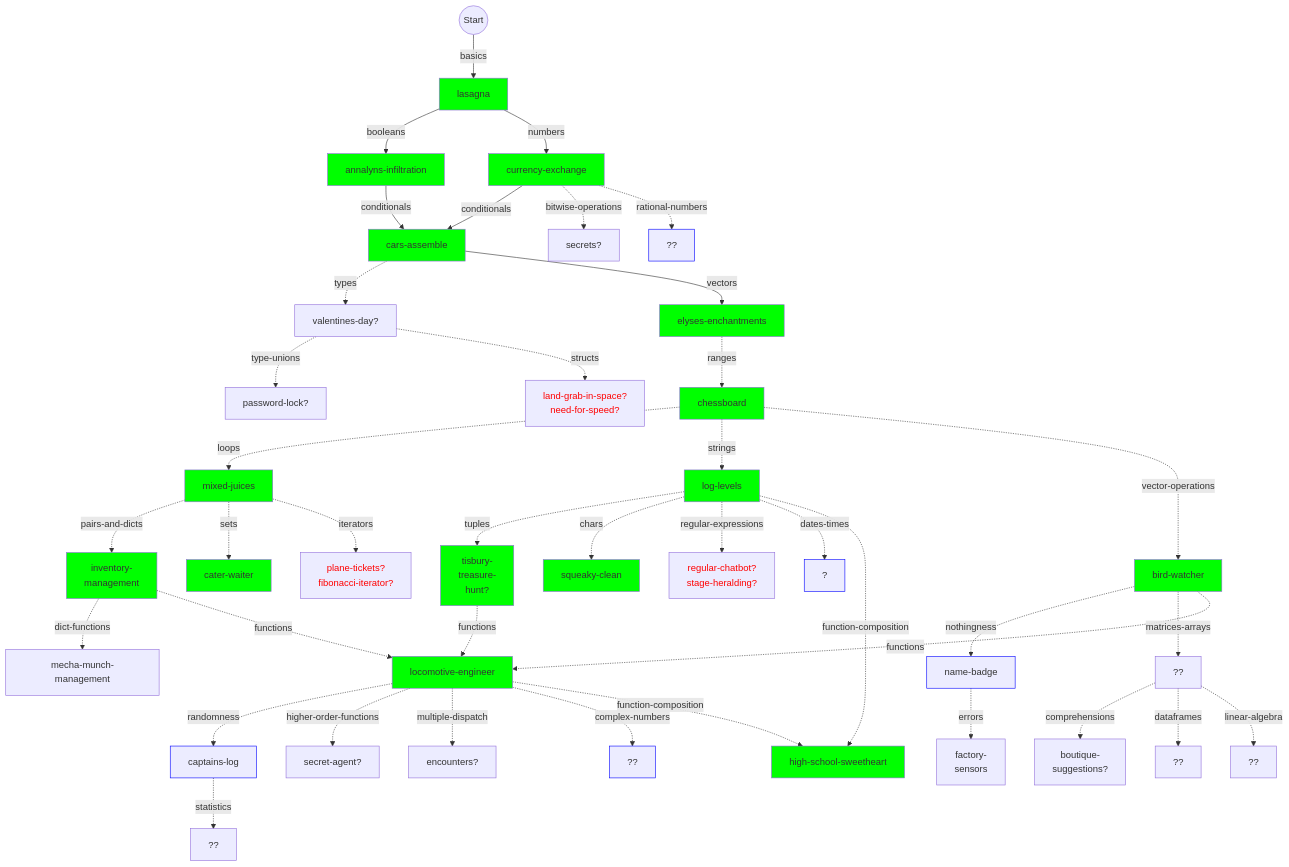
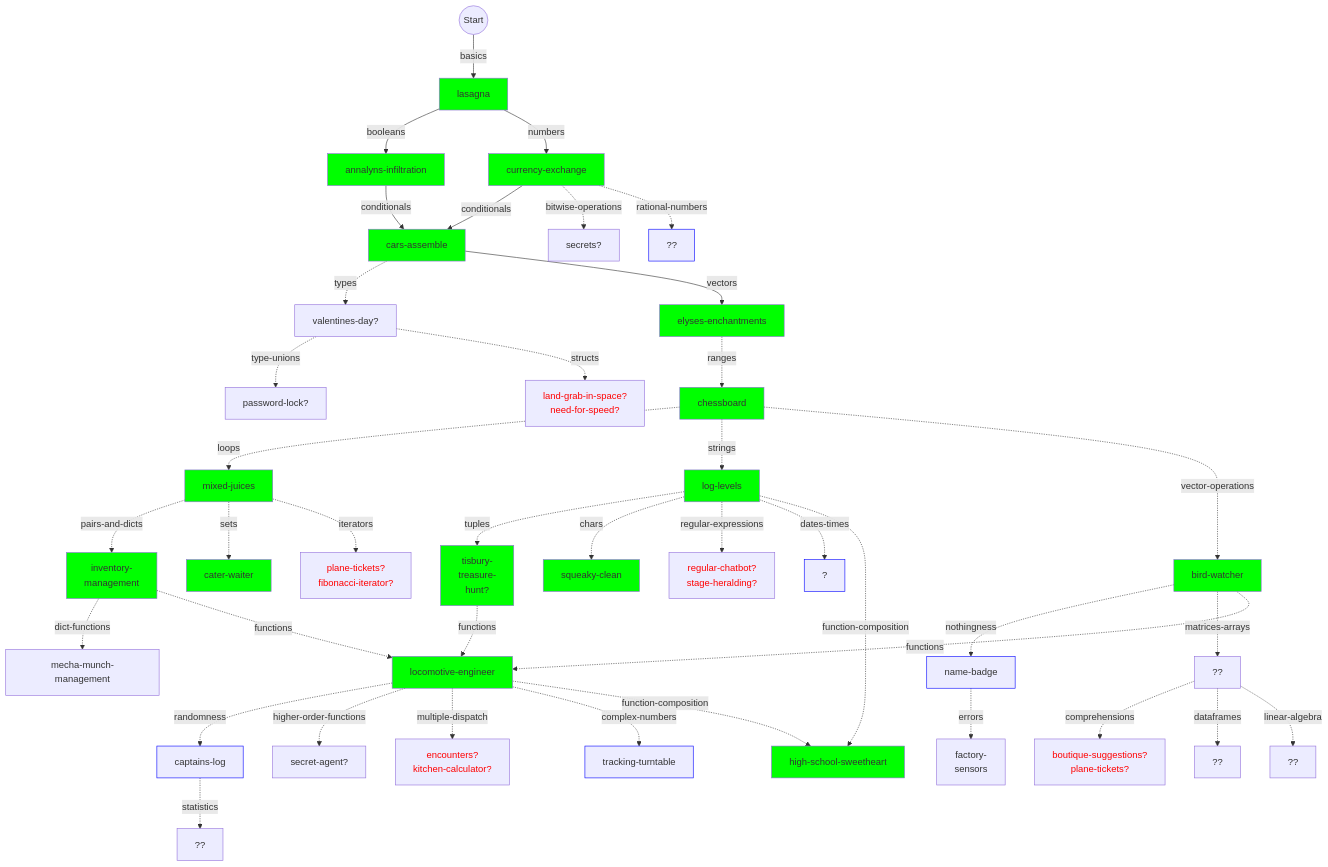
Before and after one commit to colinleach/learning-track-doodles: the diagram in julia/flowchart.md, drawn with Mermaid.

Commit message:
future exercises?

```diff
--- a/julia/flowchart.md
+++ b/julia/flowchart.md
@@ -50,8 +50,8 @@
 ranges -.vector-operations.-> vector-operations["bird-watcher"]
 style vector-operations fill:#0f0
 
-matrices-arrays -.comprehensions.-> comprehensions["boutique-<br/>suggestions?"]
-%% style comprehensions stroke:#0f0
+matrices-arrays -.comprehensions.-> comprehensions["boutique-suggestions?<br/>plane-tickets?"]
+style comprehensions color:#f00
 
 functions -.randomness.-> randomness["captains-log"]
 style randomness stroke:#00f
@@ -114,10 +114,10 @@
 functions -.higher-order-functions.-> higher-order-functions["secret-agent?"]
 %% style higher-order-functions fill:#f00,color:#fff
 
-functions -.multiple-dispatch.-> multiple-dispatch["encounters?"]
-%% style multiple-dispatch fill:#f00,color:#fff
+functions -.multiple-dispatch.-> multiple-dispatch["encounters?<br/>kitchen-calculator?"]
+style multiple-dispatch color:#f00
 
-functions -.complex-numbers.-> complex-numbers["??"]
+functions -.complex-numbers.-> complex-numbers["tracking-turntable"]
 style complex-numbers stroke:#00f
 
 functions -.function-composition.-> function-composition["high-school-sweetheart"]
```
